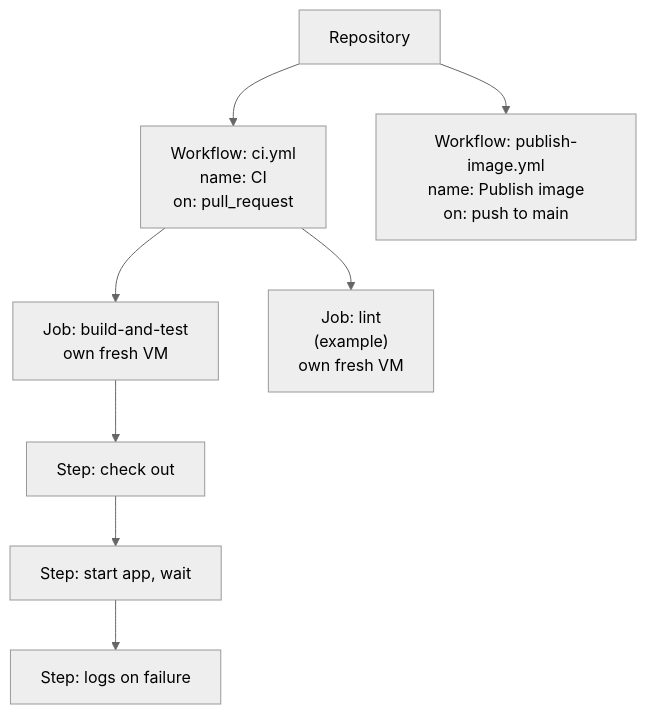
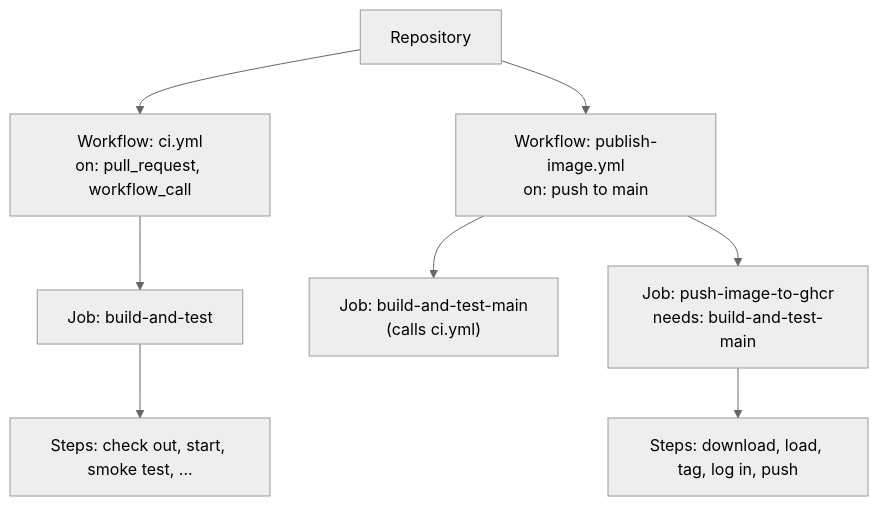
Before and after one commit to Bende-KBB/devops-lab: the diagram in docs/explanation/github-actions.md, drawn with Mermaid (neutral theme). The commit also changed other lines of this file and 3 other files, not shown here.

````diff
--- a/docs/explanation/github-actions.md
+++ b/docs/explanation/github-actions.md
@@ -21,10 +21,10 @@
 ```mermaid
 flowchart TD
-    R["Repository"] --> W1["Workflow: ci.yml<br/>name: CI<br/>on: pull_request"]
-    R -->  W2["Workflow: publish-image.yml<br/>name: Publish image<br/>on: push to main"]
-    W1 --> J1["Job: build-and-test<br/>own fresh VM"]
-    W1 --> J2["Job: lint<br/>(example)<br/>own fresh VM"]
-    J1 --> S1["Step: check out"]
-    S1 --> S2["Step: start app, wait"]
-    S2 --> S3["Step: logs on failure"]
+    R["Repository"] --> W1["Workflow: ci.yml<br/>on: pull_request, workflow_call"]
+    R --> W2["Workflow: publish-image.yml<br/>on: push to main"]
+    W1 --> J1["Job: build-and-test"]
+    W2 --> J2["Job: build-and-test-main<br/>(calls ci.yml)"]
+    W2 --> J3["Job: push-image-to-ghcr<br/>needs: build-and-test-main"]
+    J1 --> S1["Steps: check out, start, smoke test, ..."]
+    J3 --> S3["Steps: download, load, tag, log in, push"]
 ```
````
